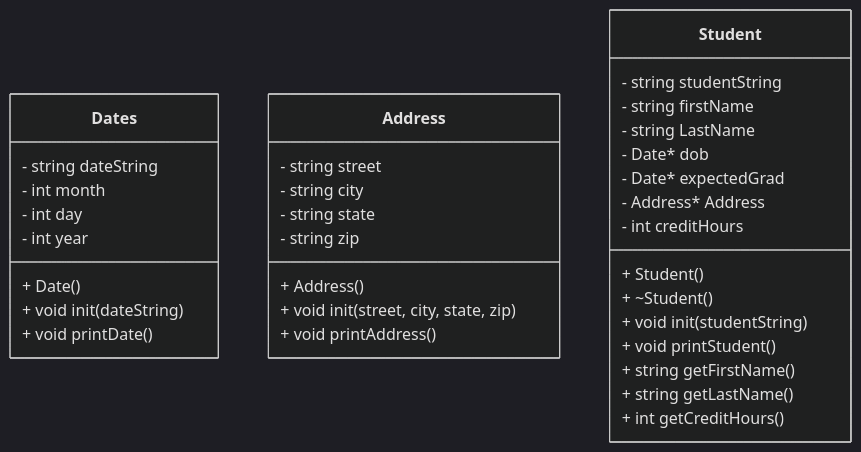
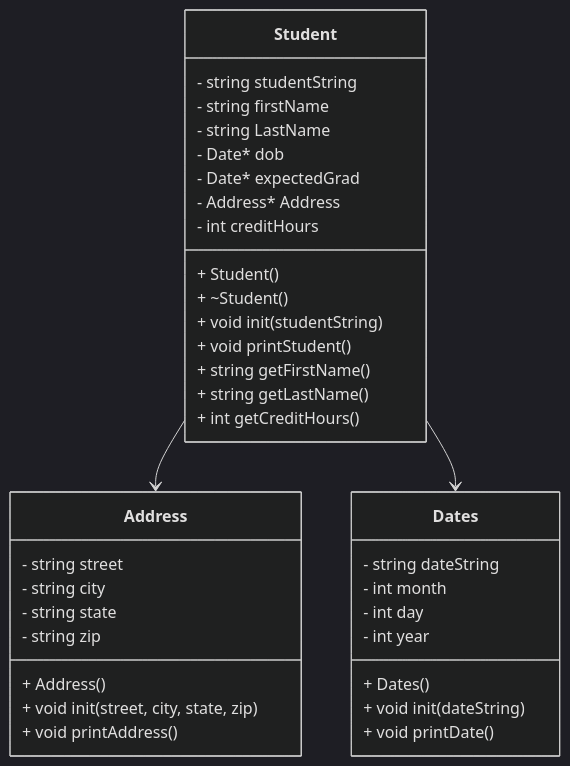
Before and after one commit to MC-Duncan/CS121HeapofStudents: the diagram in README.md, drawn with Mermaid (dark theme). The commit also changed other lines of this file and 5 other files, not shown here.

````diff
--- a/README.md
+++ b/README.md
@@ -5,43 +5,46 @@
 ```mermaid
 classDiagram
 
 class Dates {
     - string dateString
     - int month
     - int day
     - int year
 
-    + Date()
+    + Dates()
     + void init(dateString)
     + void printDate()
 }
 
 class Address {
     - string street
     - string city
     - string state
     - string zip
 
     + Address()
     + void init(street, city, state, zip)
     + void printAddress()
 }
 
 class Student {
     - string studentString
     - string firstName
     - string LastName
     - Date* dob
     - Date* expectedGrad
     - Address* Address
     - int creditHours
     
     + Student()
     + ~Student()
     + void init(studentString)
     + void printStudent()
     + string getFirstName()
     + string getLastName()
     + int getCreditHours() 
 }
+
+Student --> Address
+Student --> Dates
 ```
````
